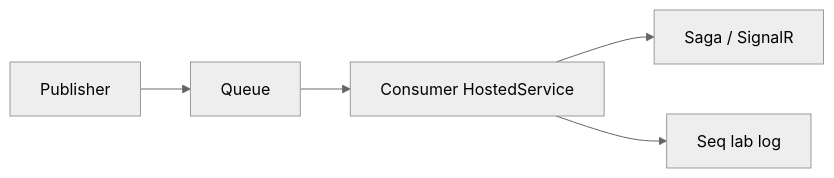
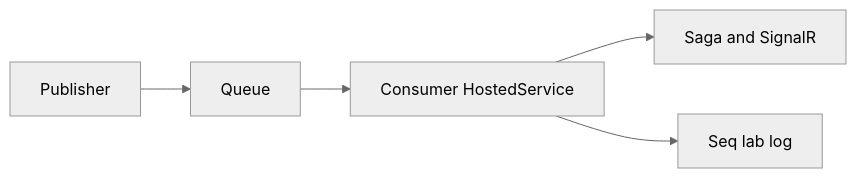
Before and after one commit to fdeniz07/BankApp: the first of 2 diagrams in docs/learning/en/13-rabbitmq.md, drawn with Mermaid (neutral theme). The commit also changed other lines of this file and 105 other files, not shown here.

First line of the commit message:
doc: Enrich learning chapters with labs, pitfalls, and safe Mermaid

````diff
--- a/docs/learning/en/13-rabbitmq.md
+++ b/docs/learning/en/13-rabbitmq.md
@@ -12,7 +14,7 @@
 ```mermaid
 flowchart LR
-  PUB[Publisher] --> Q[Queue]
-  Q --> CON[Consumer HostedService]
-  CON --> SAGA[Saga / SignalR]
-  CON --> SEQ[Seq lab log]
+  PUB["Publisher"] --> Q["Queue"]
+  Q --> CON["Consumer HostedService"]
+  CON --> SAGA["Saga and SignalR"]
+  CON --> SEQ["Seq lab log"]
 ```
````
